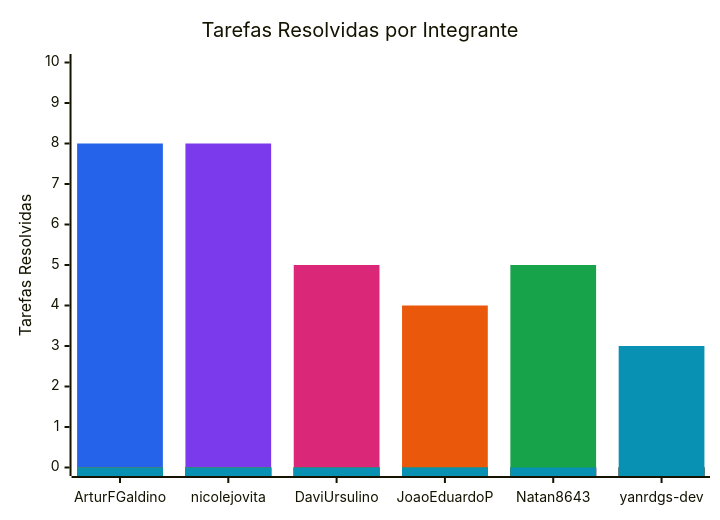
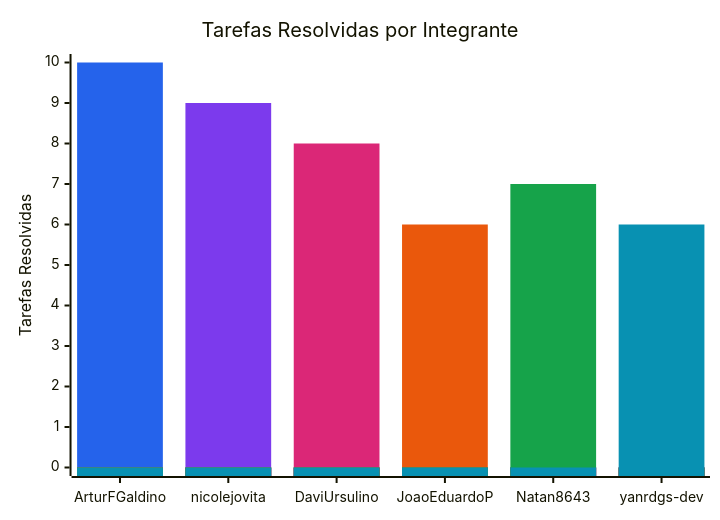
One commit to FCTE-Qualidade-de-Software-1/2026-2_T02_KAY_MCNULTY changed the diagram in snippets/resolved-issues.mmd. Above: the diagram before and after it, drawn with Mermaid. The commit also changed 14 other files, not shown here.

```diff
--- a/snippets/resolved-issues.mmd
+++ b/snippets/resolved-issues.mmd
@@ -1,11 +1,11 @@
 %%{init: {"themeVariables": {"xyChart": {"plotColorPalette": "#2563eb, #7c3aed, #db2777, #ea580c, #16a34a, #0891b2"}}}}%%
 xychart-beta
     title "Tarefas Resolvidas por Integrante"
     x-axis ["ArturFGaldino", "nicolejovita", "DaviUrsulino", "JoaoEduardoP", "Natan8643", "yanrdgs-dev"]
     y-axis "Tarefas Resolvidas" 0 --> 10
-    bar [8, 0, 0, 0, 0, 0]
-    bar [0, 8, 0, 0, 0, 0]
-    bar [0, 0, 5, 0, 0, 0]
-    bar [0, 0, 0, 4, 0, 0]
-    bar [0, 0, 0, 0, 5, 0]
-    bar [0, 0, 0, 0, 0, 3]
+    bar [10, 0, 0, 0, 0, 0]
+    bar [0, 9, 0, 0, 0, 0]
+    bar [0, 0, 8, 0, 0, 0]
+    bar [0, 0, 0, 6, 0, 0]
+    bar [0, 0, 0, 0, 7, 0]
+    bar [0, 0, 0, 0, 0, 6]
```
